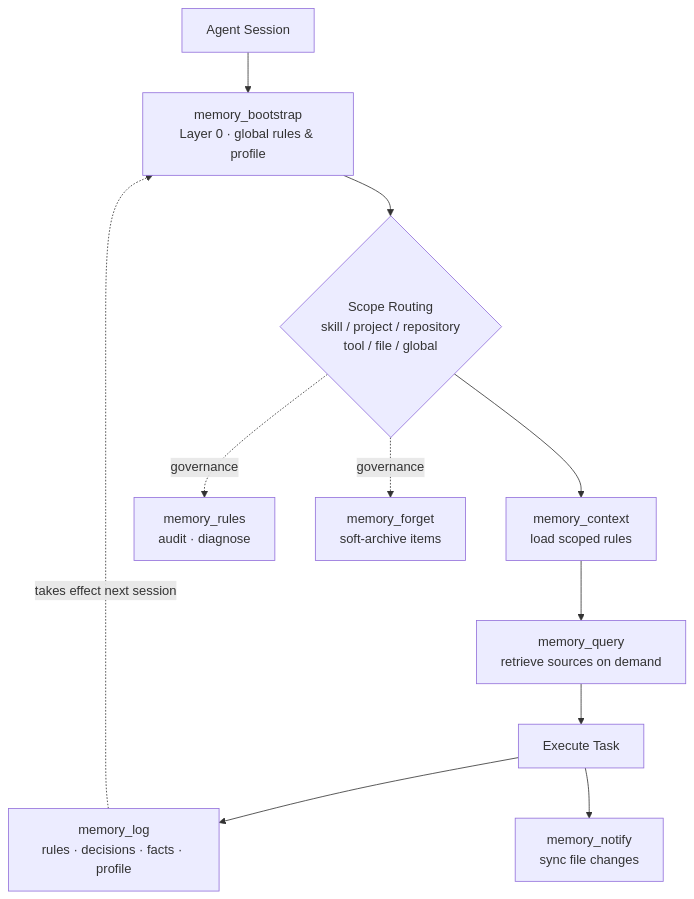
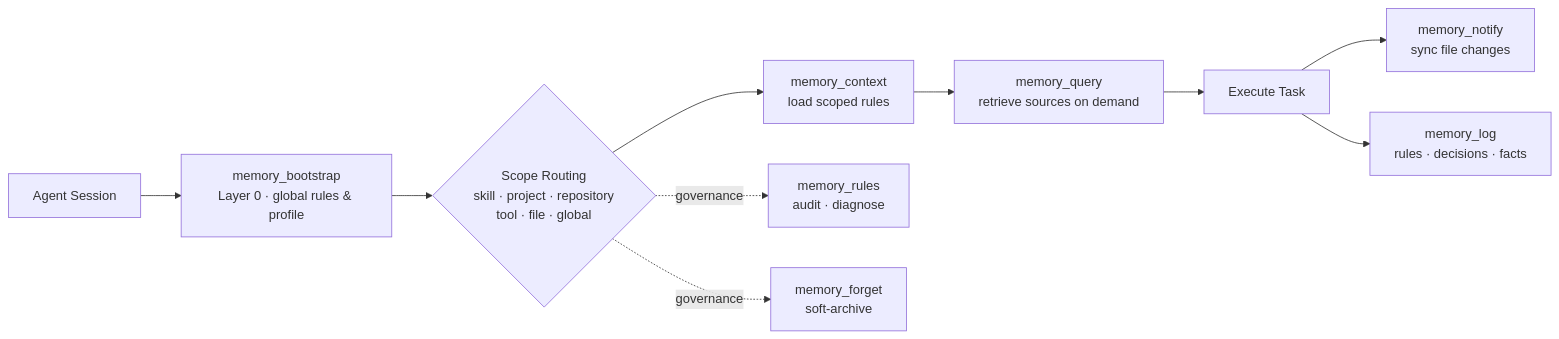
The diagram in assets/lifeos-memory.en.mmd (luneth90/lifeos), drawn with Mermaid before and after one commit. The commit also changed 5 other files, not shown here.

Commit message:
docs: switch memory diagram to horizontal layout and pair it under workflow diagram

```diff
--- a/assets/lifeos-memory.en.mmd
+++ b/assets/lifeos-memory.en.mmd
@@ -1,11 +1,10 @@
-flowchart TD
+flowchart LR
     Agent["Agent Session"] --> Bootstrap["memory_bootstrap<br/>Layer 0 · global rules & profile"]
-    Bootstrap --> Route{"Scope Routing<br/>skill / project / repository<br/>tool / file / global"}
+    Bootstrap --> Route{"Scope Routing<br/>skill · project · repository<br/>tool · file · global"}
     Route --> Context["memory_context<br/>load scoped rules"]
     Context --> Query["memory_query<br/>retrieve sources on demand"]
     Query --> Task["Execute Task"]
-    Task --> Log["memory_log<br/>rules · decisions · facts · profile"]
     Task --> Notify["memory_notify<br/>sync file changes"]
-    Log -. takes effect next session .-> Bootstrap
+    Task --> Log["memory_log<br/>rules · decisions · facts"]
     Route -. governance .-> Rules["memory_rules<br/>audit · diagnose"]
-    Route -. governance .-> Forget["memory_forget<br/>soft-archive items"]
+    Route -. governance .-> Forget["memory_forget<br/>soft-archive"]
```
